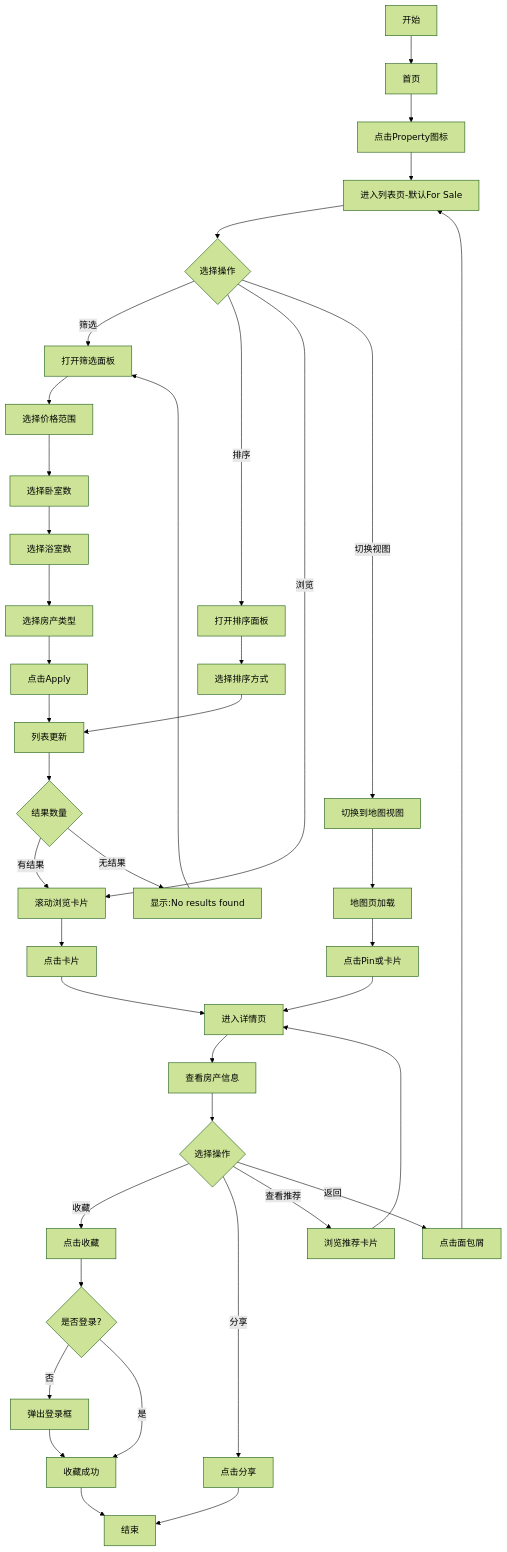
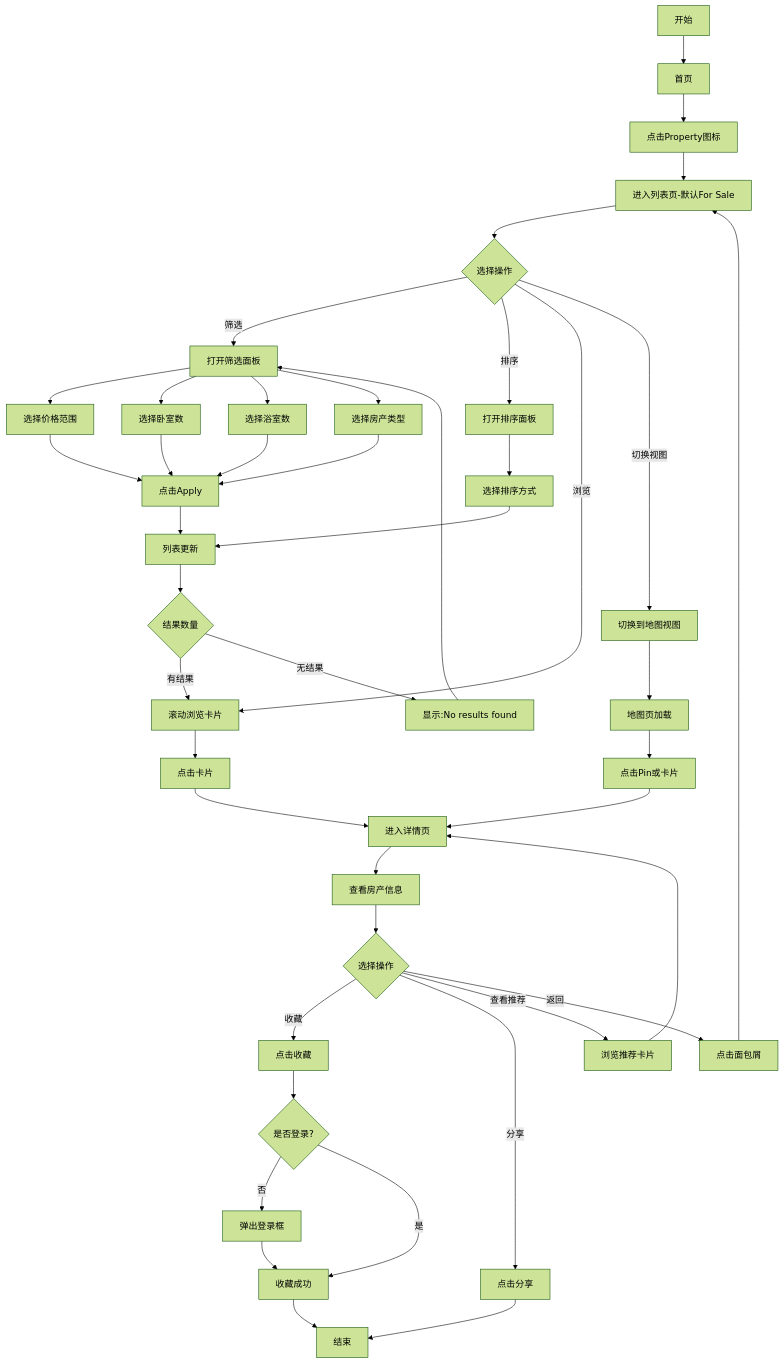
Before and after one commit to jiadan-user/jiacangku: the diagram in bundled/knowledge_base/业务知识图谱/房产业务域/房产浏览业务流程.md, drawn with Mermaid (forest theme). The commit also changed 1 other file, not shown here.

Commit message:
docs(房产): 更新发布与浏览流程图并补充校验规则
统一发布与浏览流程中的并行关系、AI自动预测链路、草稿发布校验与必填标红提示，确保流程文档与当前业务行为一致。

Made-with: Cursor

````diff
--- a/bundled/knowledge_base/业务知识图谱/房产业务域/房产浏览业务流程.md
+++ b/bundled/knowledge_base/业务知识图谱/房产业务域/房产浏览业务流程.md
@@ -9,50 +9,53 @@
 ```mermaid
 graph TD
     Start[开始] --> Step1[首页]
     Step1 --> Step2[点击Property图标]
     Step2 --> Step3[进入列表页-默认For Sale]
     
     Step3 --> Choice1{选择操作}
     Choice1 -->|筛选| Step4[打开筛选面板]
     Choice1 -->|排序| Step5[打开排序面板]
     Choice1 -->|浏览| Step6[滚动浏览卡片]
     Choice1 -->|切换视图| Step7[切换到地图视图]
     
     Step4 --> Step4a[选择价格范围]
-    Step4a --> Step4b[选择卧室数]
-    Step4b --> Step4c[选择浴室数]
-    Step4c --> Step4d[选择房产类型]
-    Step4d --> Step4e[点击Apply]
+    Step4 --> Step4b[选择卧室数]
+    Step4 --> Step4c[选择浴室数]
+    Step4 --> Step4d[选择房产类型]
+    Step4a --> Step4e[点击Apply]
+    Step4b --> Step4e
+    Step4c --> Step4e
+    Step4d --> Step4e
     Step4e --> Step8[列表更新]
     
     Step5 --> Step5a[选择排序方式]
     Step5a --> Step8
     
     Step6 --> Step9[点击卡片]
     Step7 --> Step10[地图页加载]
     Step10 --> Step11[点击Pin或卡片]
     
     Step8 --> Choice2{结果数量}
     Choice2 -->|有结果| Step6
     Choice2 -->|无结果| Error1[显示:No results found]
     Error1 --> Step4
     
     Step9 --> Step12[进入详情页]
     Step11 --> Step12
     Step12 --> Step13[查看房产信息]
     Step13 --> Choice3{选择操作}
     Choice3 -->|收藏| Step14[点击收藏]
     Choice3 -->|分享| Step15[点击分享]
     Choice3 -->|查看推荐| Step16[浏览推荐卡片]
     Choice3 -->|返回| Step17[点击面包屑]
     
     Step14 --> Check1{是否登录?}
     Check1 -->|否| Login[弹出登录框]
     Check1 -->|是| Step18[收藏成功]
     Login --> Step18
     
     Step16 --> Step12
     Step17 --> Step3
     Step18 --> End[结束]
     Step15 --> End
 ```
````
